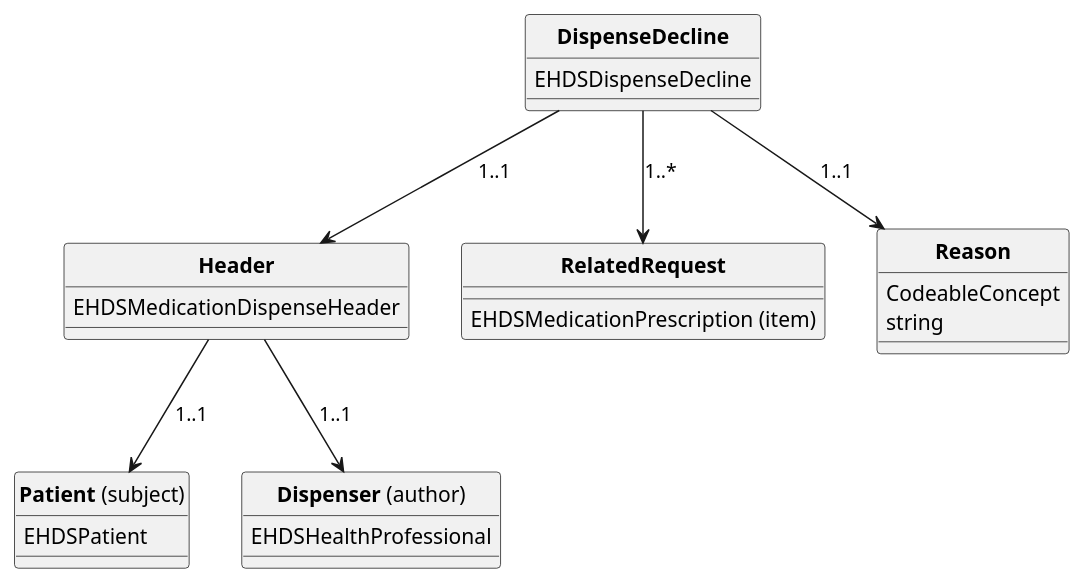
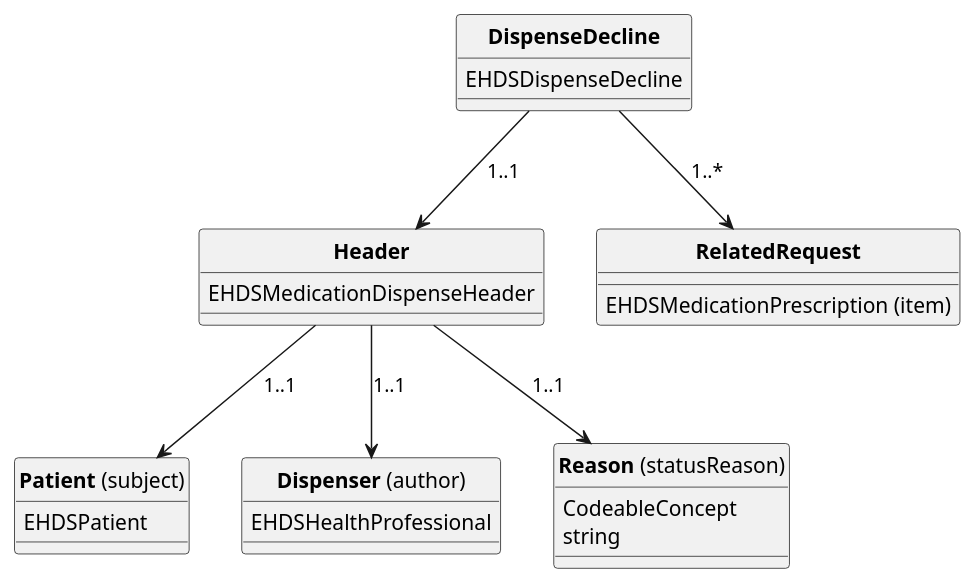
One commit to Xt-EHR/xt-ehr-common changed the diagram in input/images-source/dispenseDecline.plantuml. Above: the diagram before and after it, drawn with PlantUML.

Commit message:
diagram update #118

```diff
--- a/input/images-source/dispenseDecline.plantuml
+++ b/input/images-source/dispenseDecline.plantuml
@@ -1,44 +1,44 @@
 @startuml
 skinparam linetype polyline
 hide circle
 hide stereotype
 
 
 class "**DispenseDecline**" as eD{
   EHDSDispenseDecline
 
 }
 
 eD --> Header: "1..1"
 eD --> Item: "1..*"
-eD --> Reason: "1..1"
 
 class "**Header**" as Header{
 EHDSMedicationDispenseHeader
 }
 
 Header --> Patient: "1..1"
 Header --> Dispenser: "1..1"
+Header --> Reason: "1..1"
 
 class "**Dispenser** (author)" as Dispenser{
   EHDSHealthProfessional   
   
 }
 
 class "**Patient** (subject)" as Patient{
   EHDSPatient   
 
 }
 
-class "**Reason**" as Reason{
+class "**Reason** (statusReason)" as Reason{
   CodeableConcept
   string
 
 }
 
 class "**RelatedRequest**" as Item{ 
   EHDSMedicationPrescription (item)
 }
 
 
 @enduml
```
